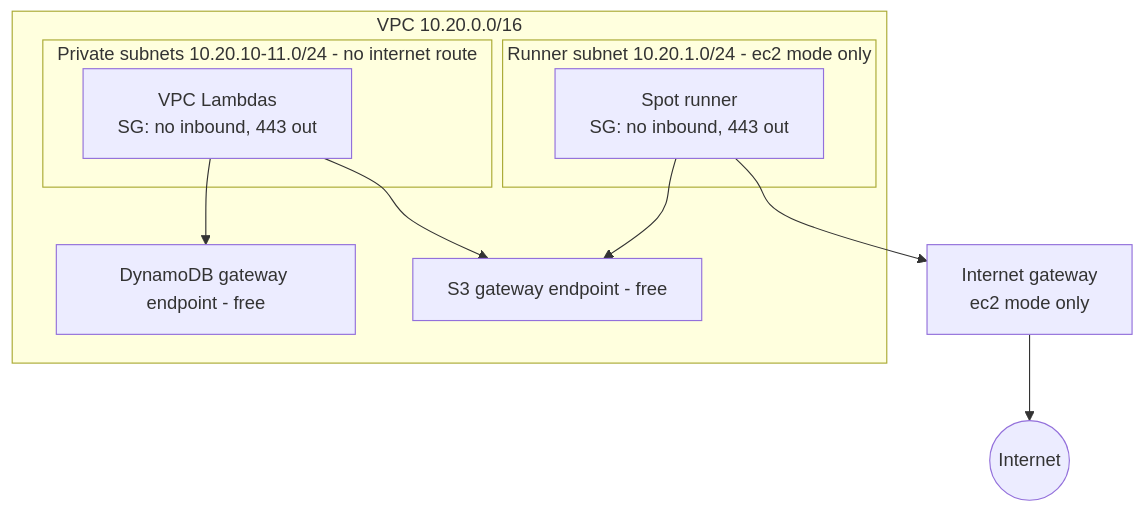
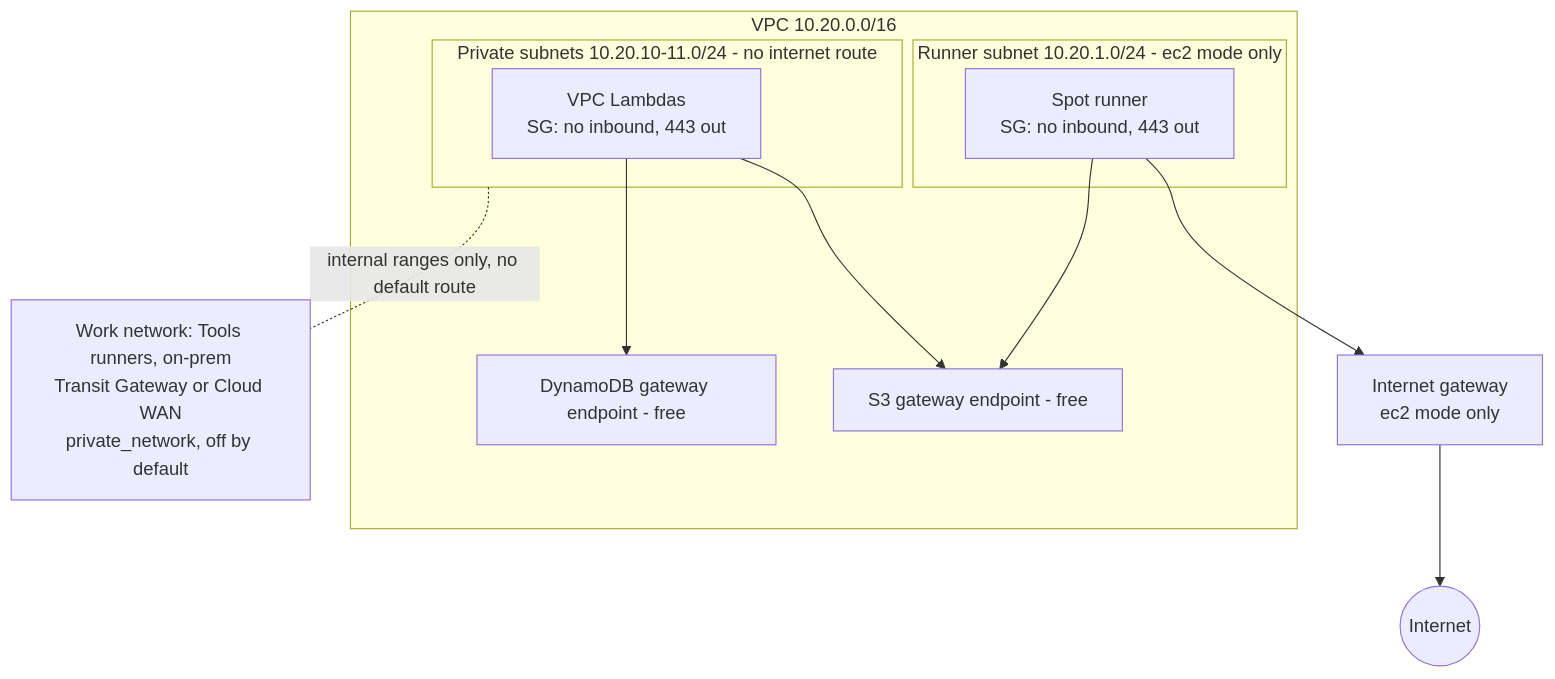
The diagram in docs/vault/Network.md (artyfartymarty/aws-cicd-pipeline), drawn with Mermaid before and after one commit. The commit also changed other lines of this file and 8 other files, not shown here.

First line of the commit message:
docs: record the assumed defaults (Q6-Q8) and the optional private route in the vault

````diff
--- a/docs/vault/Network.md
+++ b/docs/vault/Network.md
@@ -8,19 +8,21 @@
 ```mermaid
 flowchart TB
   internet((Internet))
   subgraph VPC[VPC 10.20.0.0/16]
     subgraph PUB[Runner subnet 10.20.1.0/24 - ec2 mode only]
       runner[Spot runner<br/>SG: no inbound, 443 out]
     end
     subgraph PRIV[Private subnets 10.20.10-11.0/24 - no internet route]
       lam[VPC Lambdas<br/>SG: no inbound, 443 out]
     end
     s3e[S3 gateway endpoint - free]
     ddbe[DynamoDB gateway endpoint - free]
   end
   igw[Internet gateway<br/>ec2 mode only]
+  work[Work network: Tools runners, on-prem<br/>Transit Gateway or Cloud WAN<br/>private_network, off by default]
   runner --> igw --> internet
   runner --> s3e
   lam --> s3e
   lam --> ddbe
+  PRIV -.-|internal ranges only, no default route| work
 ```
````
